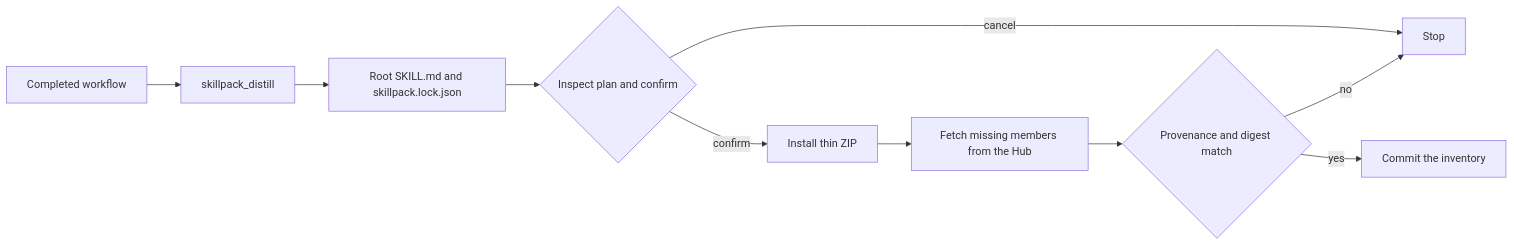
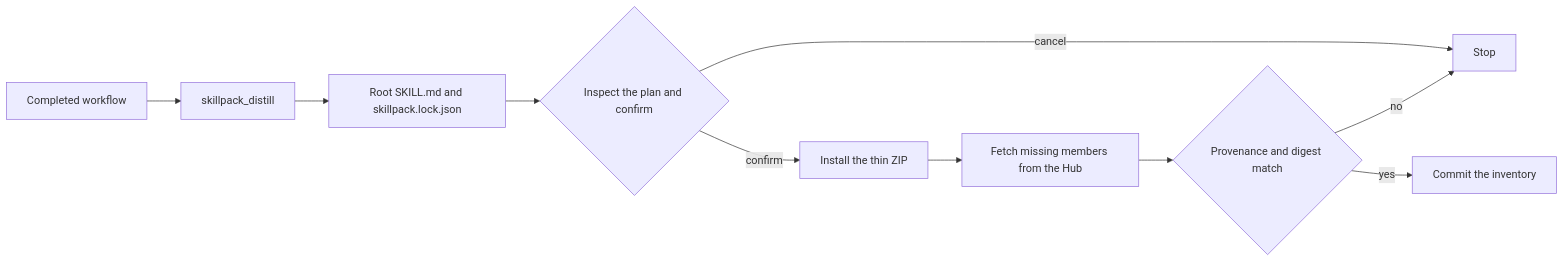
Before and after one commit to michaelatamuk/agentic-desk: the second of 2 diagrams in company/openjiuwen/whats-new/whats-new-2026-11.md, drawn with Mermaid. The commit also changed other lines of this file and 6 other files, not shown here.

````diff
--- a/company/openjiuwen/whats-new/whats-new-2026-11.md
+++ b/company/openjiuwen/whats-new/whats-new-2026-11.md
@@ -203,12 +198,12 @@
 ```mermaid
 flowchart LR
     A[Completed workflow] --> B[skillpack_distill]
     B --> C[Root SKILL.md and skillpack.lock.json]
-    C --> D{Inspect plan and confirm}
+    C --> D{Inspect the plan and confirm}
     D -->|cancel| X[Stop]
-    D -->|confirm| E[Install thin ZIP]
+    D -->|confirm| E[Install the thin ZIP]
     E --> F[Fetch missing members from the Hub]
     F --> G{Provenance and digest match}
     G -->|no| X
     G -->|yes| H[Commit the inventory]
 ```
````
